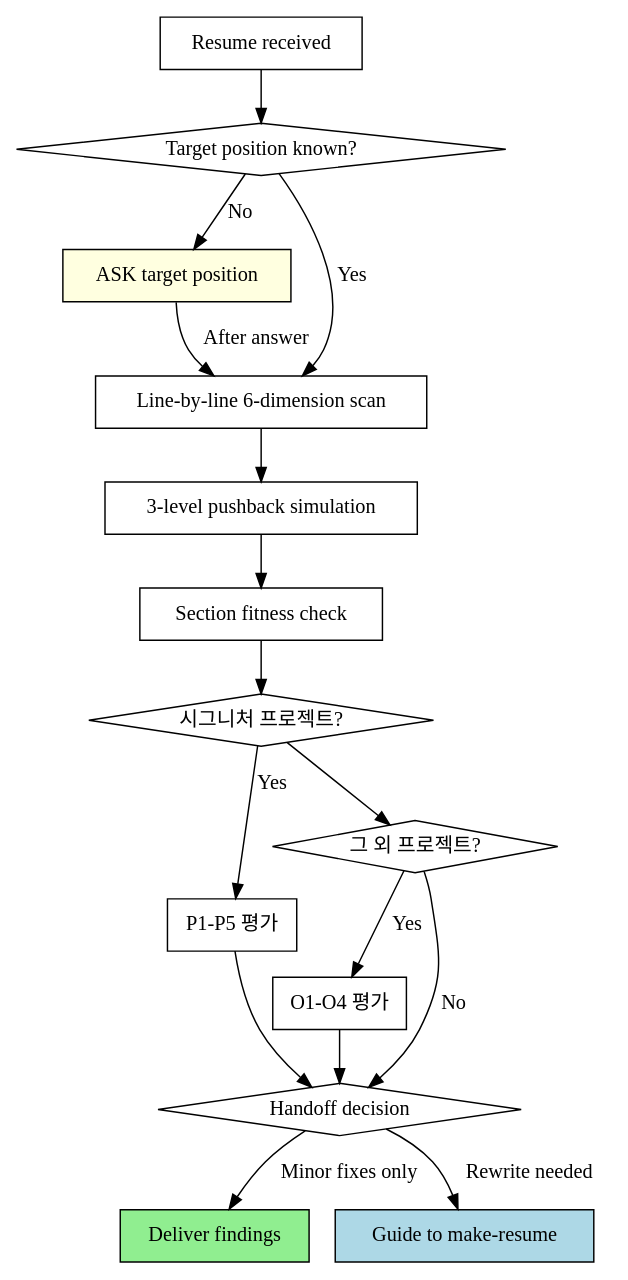
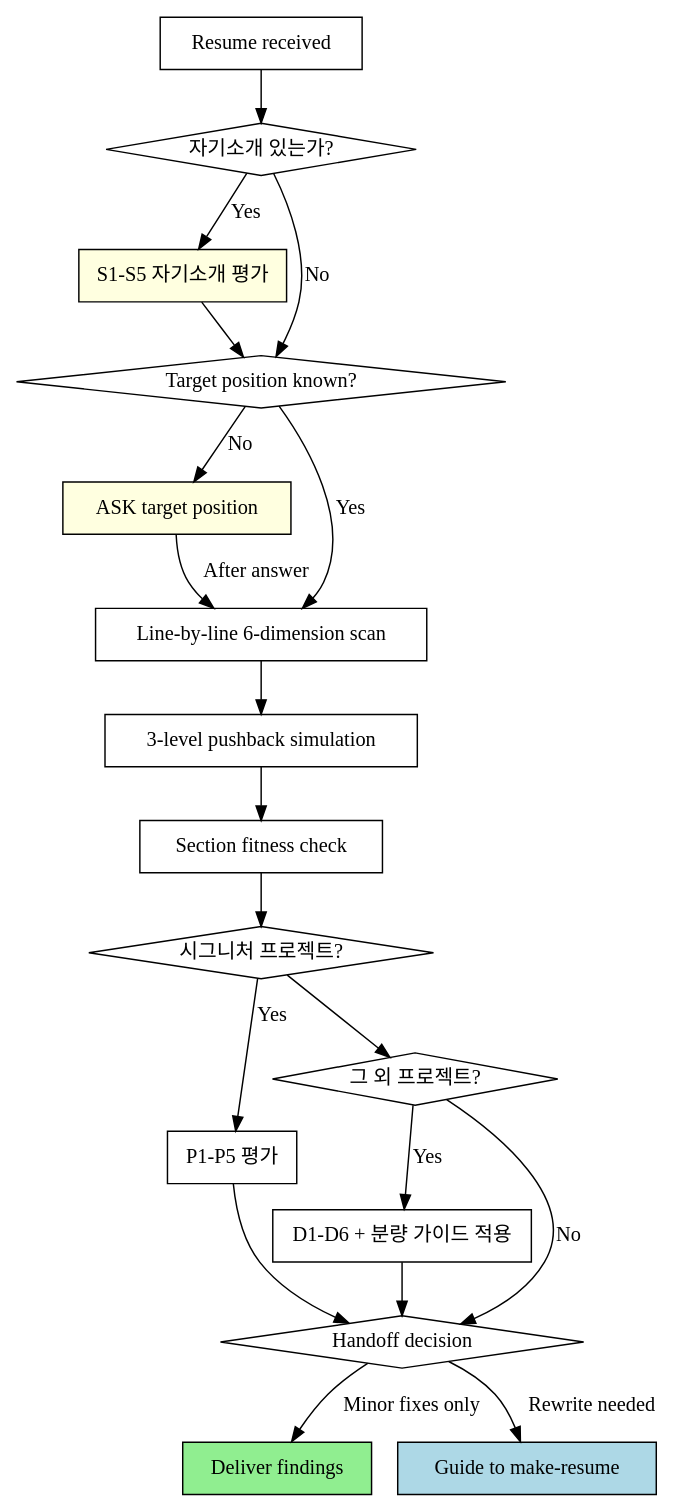
The first of 2 diagrams in projects/toongri.github.io/skills/review-resume/SKILL.md (toongri/oh-my-toong-playground), drawn with Graphviz before and after one commit. The commit also changed other lines of this file and 1 other file, not shown here.

First line of the commit message:
feat: 자기소개 평가(S1-S5) 추가 및 평가 구조 개편

````diff
--- a/projects/toongri.github.io/skills/review-resume/SKILL.md
+++ b/projects/toongri.github.io/skills/review-resume/SKILL.md
@@ -20,34 +20,39 @@
 ```dot
 digraph review_protocol {
     rankdir=TB;
     "Resume received" [shape=box];
+    "자기소개 있는가?" [shape=diamond];
+    "S1-S5 자기소개 평가" [shape=box, style=filled, fillcolor=lightyellow];
     "Target position known?" [shape=diamond];
     "ASK target position" [shape=box, style=filled, fillcolor=lightyellow];
     "Line-by-line 6-dimension scan" [shape=box];
     "3-level pushback simulation" [shape=box];
     "Section fitness check" [shape=box];
     "시그니처 프로젝트?" [shape=diamond];
     "P1-P5 평가" [shape=box];
     "그 외 프로젝트?" [shape=diamond];
-    "O1-O4 평가" [shape=box];
+    "D1-D6 + 분량 가이드 적용" [shape=box];
     "Handoff decision" [shape=diamond];
     "Deliver findings" [shape=box, style=filled, fillcolor=lightgreen];
     "Guide to make-resume" [shape=box, style=filled, fillcolor=lightblue];
 
-    "Resume received" -> "Target position known?";
+    "Resume received" -> "자기소개 있는가?";
+    "자기소개 있는가?" -> "S1-S5 자기소개 평가" [label="Yes"];
+    "자기소개 있는가?" -> "Target position known?" [label="No"];
+    "S1-S5 자기소개 평가" -> "Target position known?";
     "Target position known?" -> "ASK target position" [label="No"];
     "Target position known?" -> "Line-by-line 6-dimension scan" [label="Yes"];
     "ASK target position" -> "Line-by-line 6-dimension scan" [label="After answer"];
     "Line-by-line 6-dimension scan" -> "3-level pushback simulation";
     "3-level pushback simulation" -> "Section fitness check";
     "Section fitness check" -> "시그니처 프로젝트?";
     "시그니처 프로젝트?" -> "P1-P5 평가" [label="Yes"];
     "시그니처 프로젝트?" -> "그 외 프로젝트?";
-    "그 외 프로젝트?" -> "O1-O4 평가" [label="Yes"];
+    "그 외 프로젝트?" -> "D1-D6 + 분량 가이드 적용" [label="Yes"];
     "P1-P5 평가" -> "Handoff decision";
-    "O1-O4 평가" -> "Handoff decision";
+    "D1-D6 + 분량 가이드 적용" -> "Handoff decision";
     "그 외 프로젝트?" -> "Handoff decision" [label="No"];
     "Handoff decision" -> "Deliver findings" [label="Minor fixes only"];
     "Handoff decision" -> "Guide to make-resume" [label="Rewrite needed"];
 }
 ```
````
